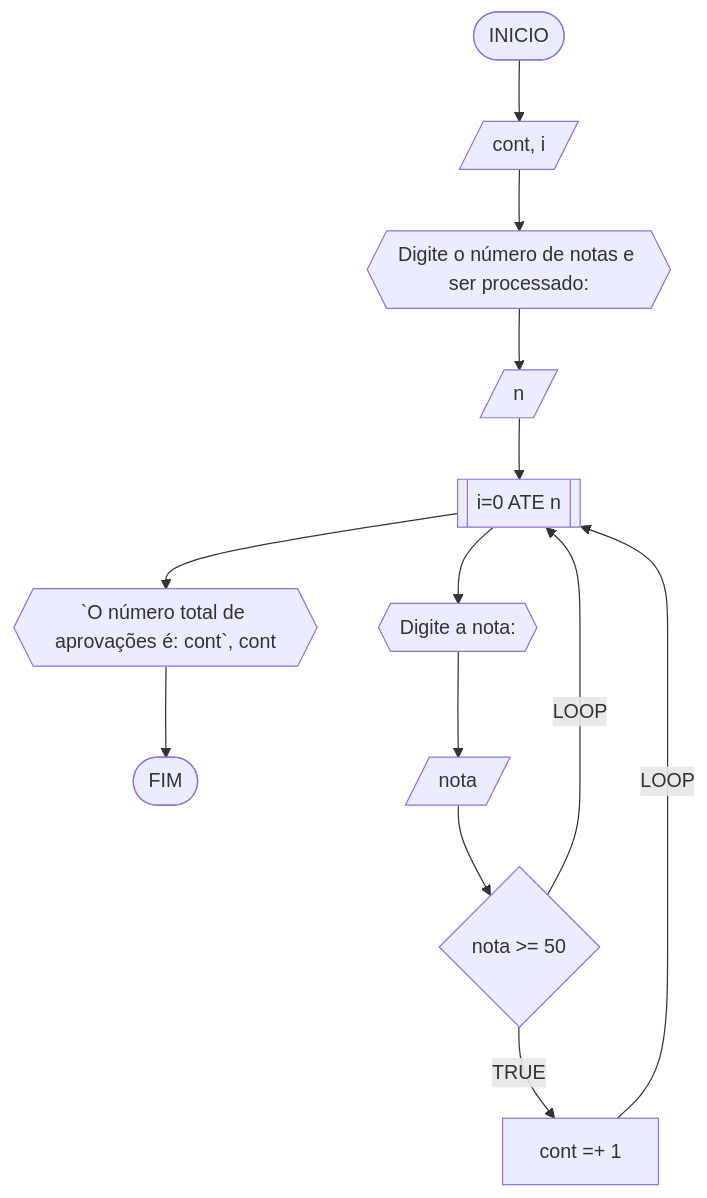
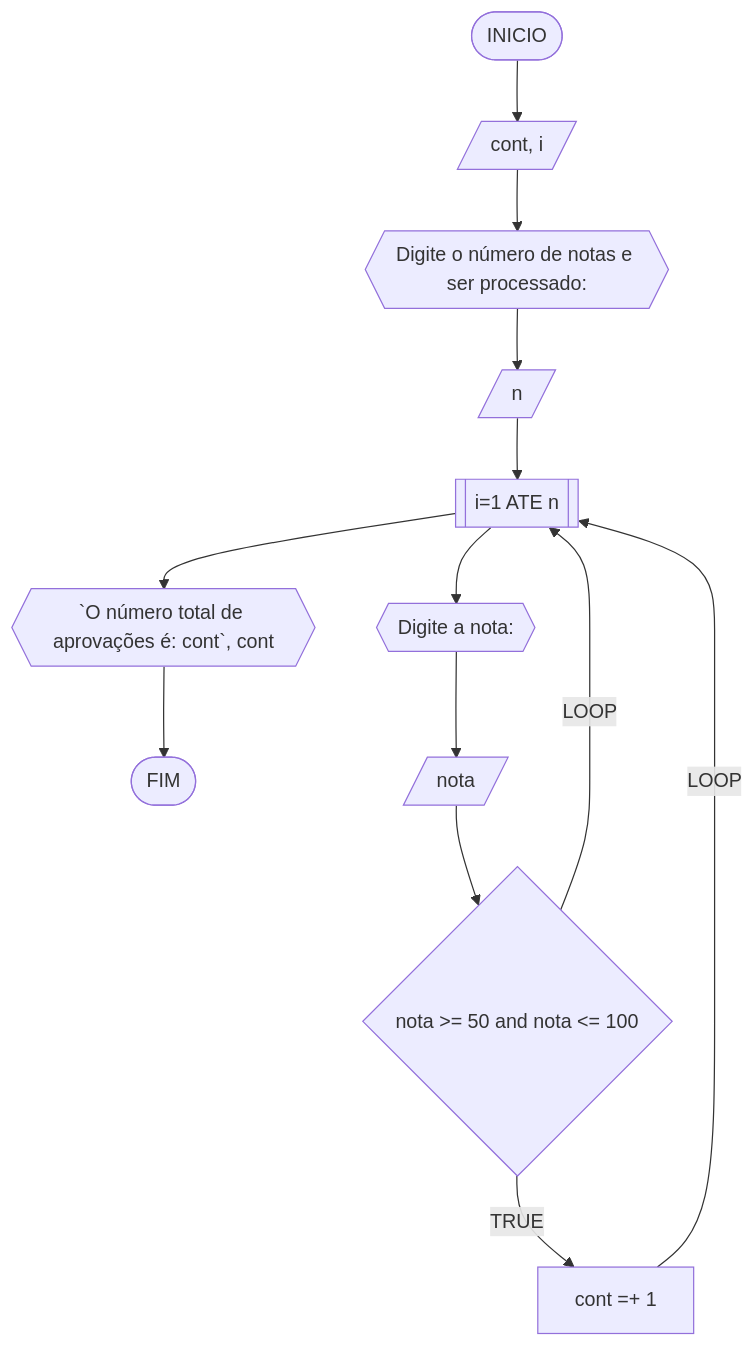
The second of 7 diagrams in RLA/unidade1/AD1.md (AlissonFT2/unifor), drawn with Mermaid before and after one commit. The commit also changed other lines of this file, not shown here.

````diff
--- a/RLA/unidade1/AD1.md
+++ b/RLA/unidade1/AD1.md
@@ -94,15 +94,15 @@
 ```mermaid
 flowchart TD
 A([INICIO]) --> B[/cont, i/]
 B --> C{{Digite o número de notas e ser processado: }}
 C --> D[/n/]
-D --> E[[i=0 ATE n]]
+D --> E[[i=1 ATE n]]
 E --> J{{`O número total de aprovações é: cont`, cont}}
 J --> K([FIM])
 E --> F{{Digite a nota: }}
 F --> G[/nota/]
-G --> H{nota >= 50}
+G --> H{nota >= 50 and nota <= 100}
 H --TRUE--> I[cont =+ 1]
 H --LOOP--> E
 I --LOOP--> E
 ```
````
